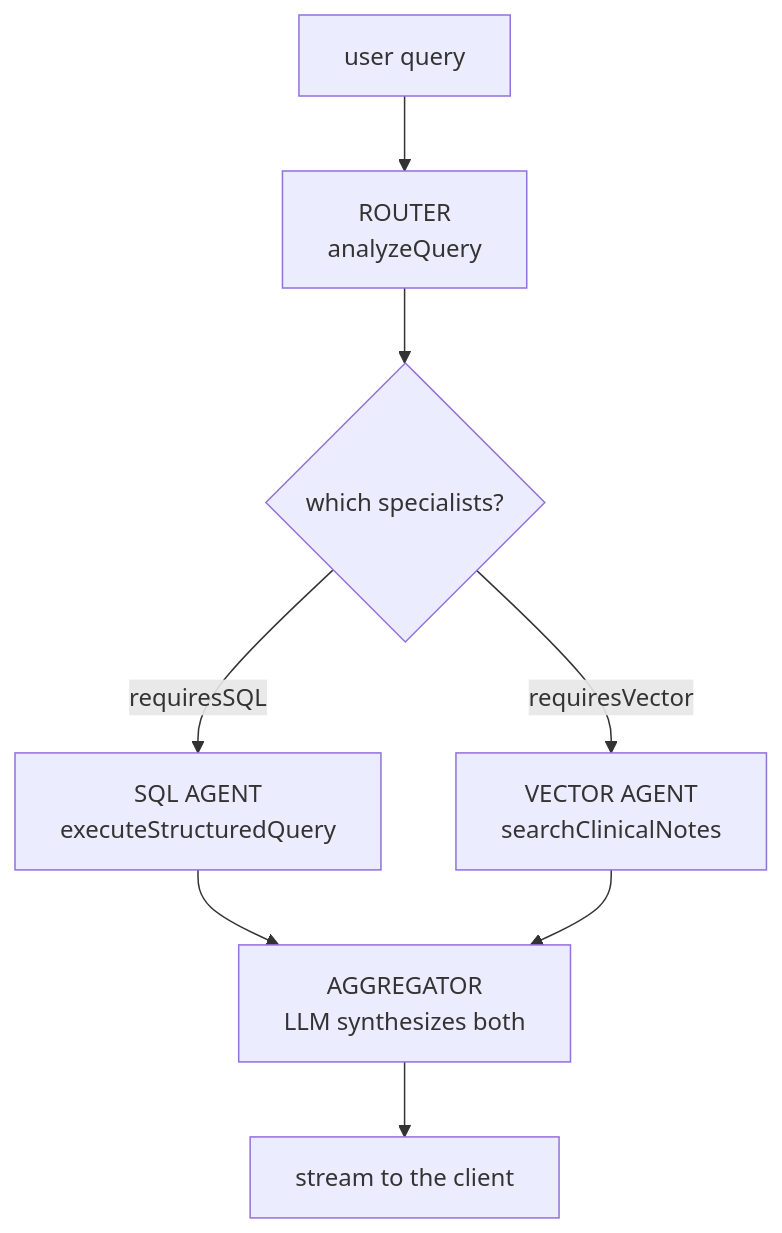
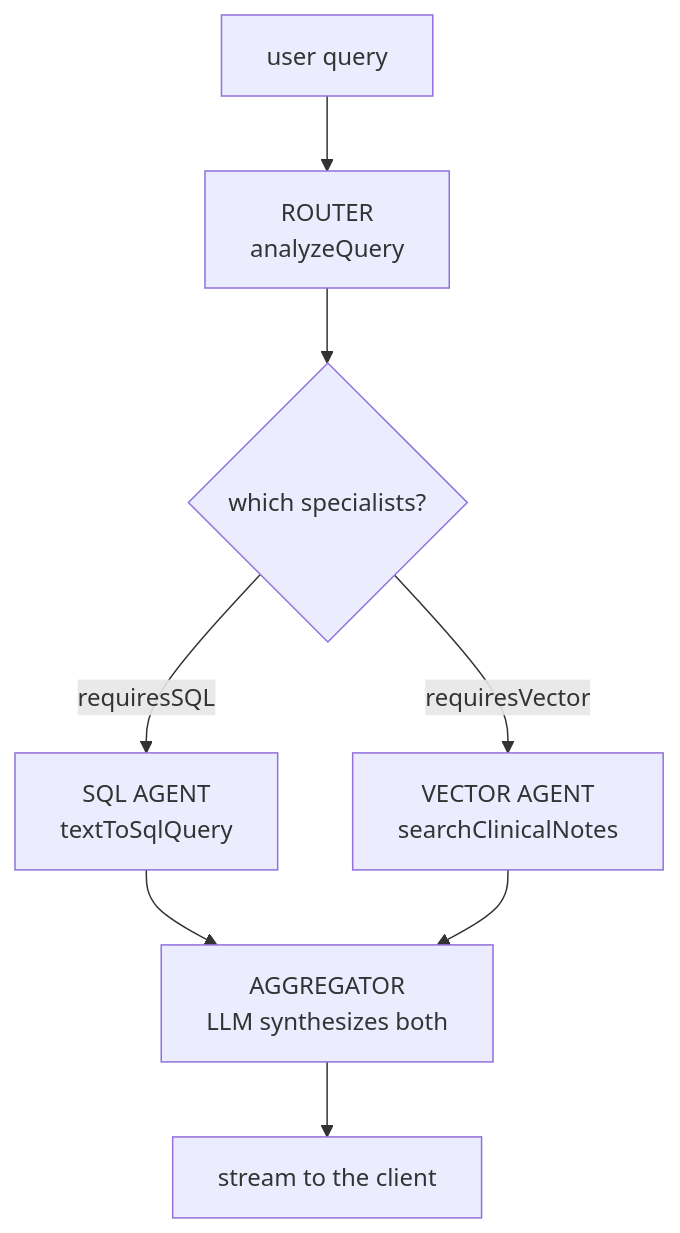
The diagram in curriculum/w2-03-orchestration.md (projectshft/parsity_medical_rag), drawn with Mermaid before and after one commit. The commit also changed other lines of this file and 4 other files, not shown here.

First line of the commit message:
Curriculum Week 2: teach text-to-SQL, not the deleted query builders

````diff
--- a/curriculum/w2-03-orchestration.md
+++ b/curriculum/w2-03-orchestration.md
@@ -15,10 +15,10 @@
 ```mermaid
 flowchart TD
     Q[user query] --> R["ROUTER<br/>analyzeQuery"]
     R --> D{which specialists?}
-    D -->|requiresSQL| S["SQL AGENT<br/>executeStructuredQuery"]
+    D -->|requiresSQL| S["SQL AGENT<br/>textToSqlQuery"]
     D -->|requiresVector| V["VECTOR AGENT<br/>searchClinicalNotes"]
     S --> A["AGGREGATOR<br/>LLM synthesizes both"]
     V --> A
     A --> ST["stream to the client"]
 ```
````
